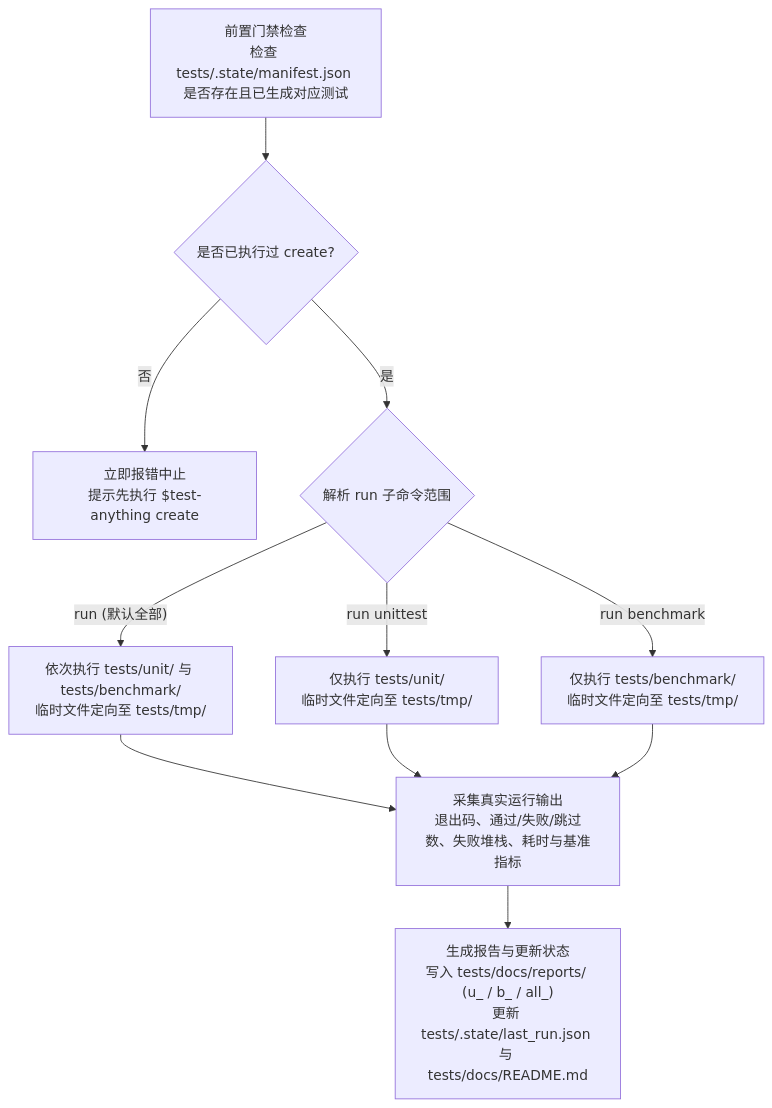
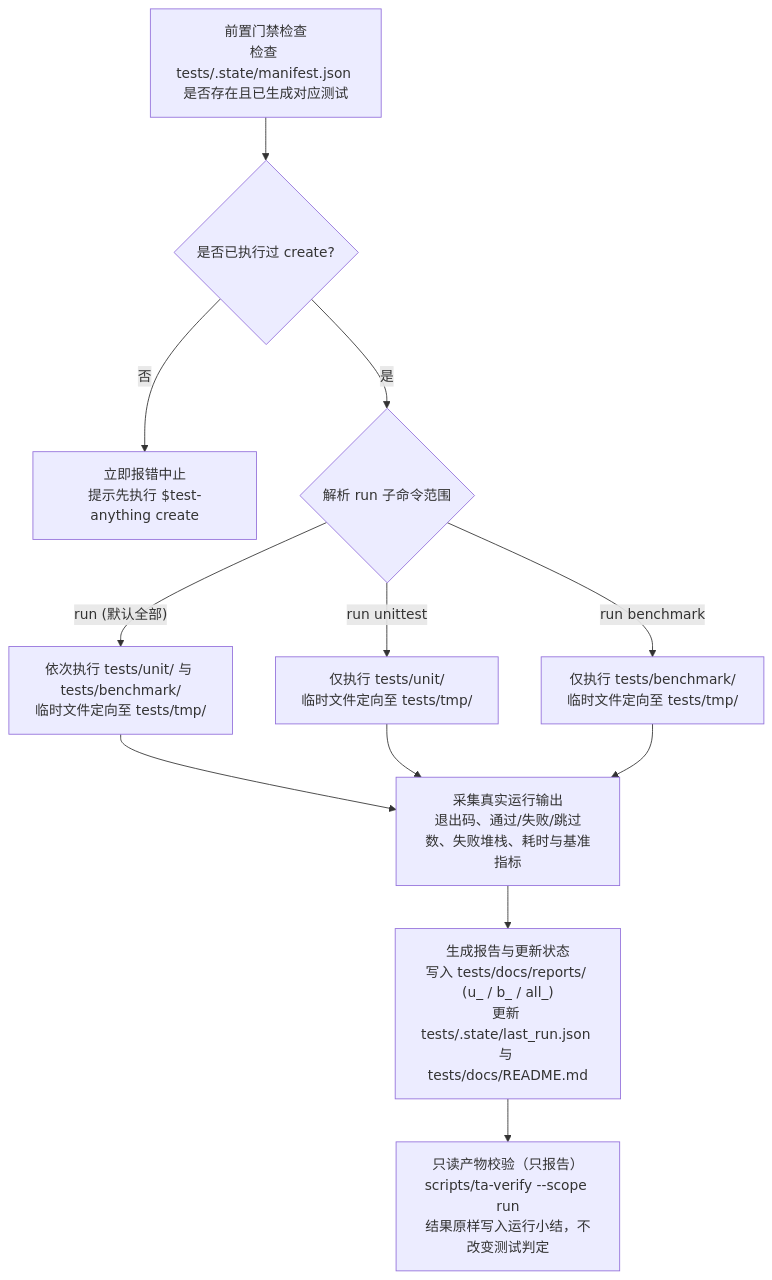
The third of 3 diagrams in README.md (4everSivan/test-anything), drawn with Mermaid before and after one commit. The commit also changed other lines of this file and 132 other files, not shown here.

````diff
--- a/README.md
+++ b/README.md
@@ -201,13 +203,14 @@
 ```mermaid
 flowchart TD
     R0["前置门禁检查\n检查 tests/.state/manifest.json 是否存在且已生成对应测试"] --> R1{"是否已执行过 create?"}
     R1 -- "否" --> R_ERR["立即报错中止\n提示先执行 $test-anything create"]
     R1 -- "是" --> R2{"解析 run 子命令范围"}
     R2 -- "run (默认全部)" --> R_ALL["依次执行 tests/unit/ 与 tests/benchmark/\n临时文件定向至 tests/tmp/"]
     R2 -- "run unittest" --> R_UNIT["仅执行 tests/unit/\n临时文件定向至 tests/tmp/"]
     R2 -- "run benchmark" --> R_BENCH["仅执行 tests/benchmark/\n临时文件定向至 tests/tmp/"]
     R_ALL --> R3["采集真实运行输出\n退出码、通过/失败/跳过数、失败堆栈、耗时与基准指标"]
     R_UNIT --> R3
     R_BENCH --> R3
     R3 --> R4["生成报告与更新状态\n写入 tests/docs/reports/ (u_ / b_ / all_)\n更新 tests/.state/last_run.json 与 tests/docs/README.md"]
+    R4 --> R5["只读产物校验（只报告）\nscripts/ta-verify --scope run\n结果原样写入运行小结，不改变测试判定"]
 ```
````
